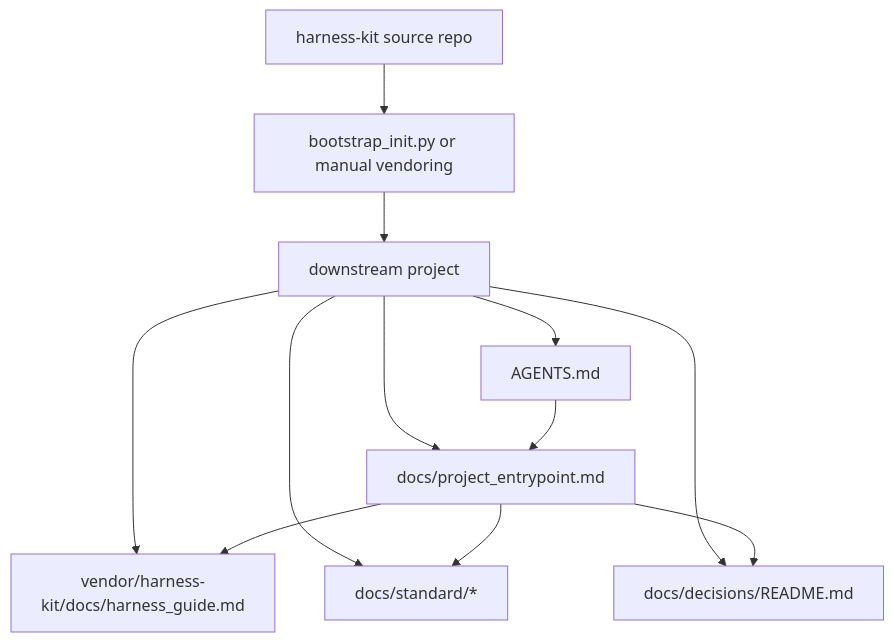
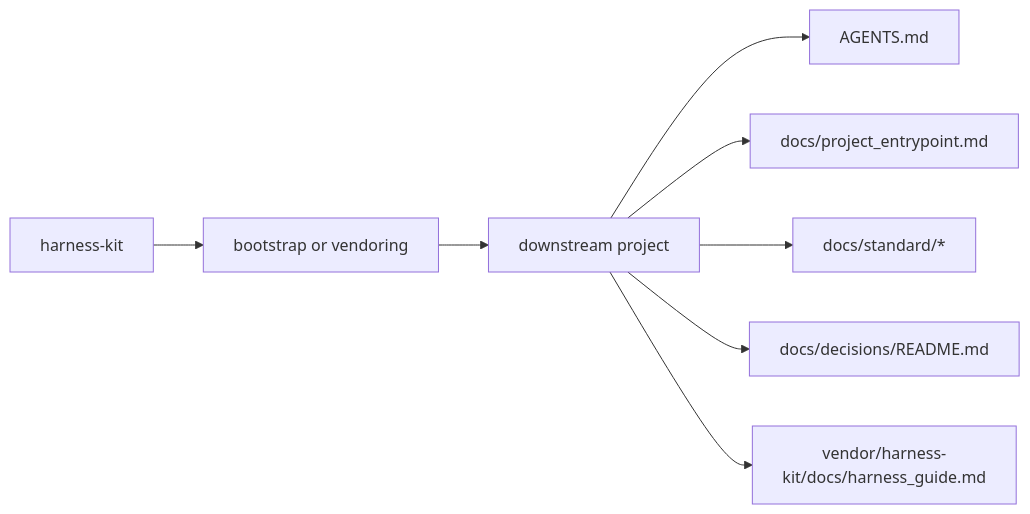
The first of 9 diagrams in README.md (JisungValue/harness-kit), drawn with Mermaid before and after one commit. The commit also changed other lines of this file, not shown here.

Commit message:
refocus README on downstream harness flow

````diff
--- a/README.md
+++ b/README.md
@@ -21,16 +20,10 @@
 ```mermaid
-flowchart TD
-    A[harness-kit source repo] --> B[bootstrap_init.py or manual vendoring]
+flowchart LR
+    A[harness-kit] --> B[bootstrap or vendoring]
     B --> C[downstream project]
-
     C --> D[AGENTS.md]
     C --> E[docs/project_entrypoint.md]
-    C --> F[docs/decisions/README.md]
-    C --> G[docs/standard/*]
+    C --> F[docs/standard/*]
+    C --> G[docs/decisions/README.md]
     C --> H[vendor/harness-kit/docs/harness_guide.md]
-
-    D --> E
-    E --> H
-    E --> G
-    E --> F
 ```
````
